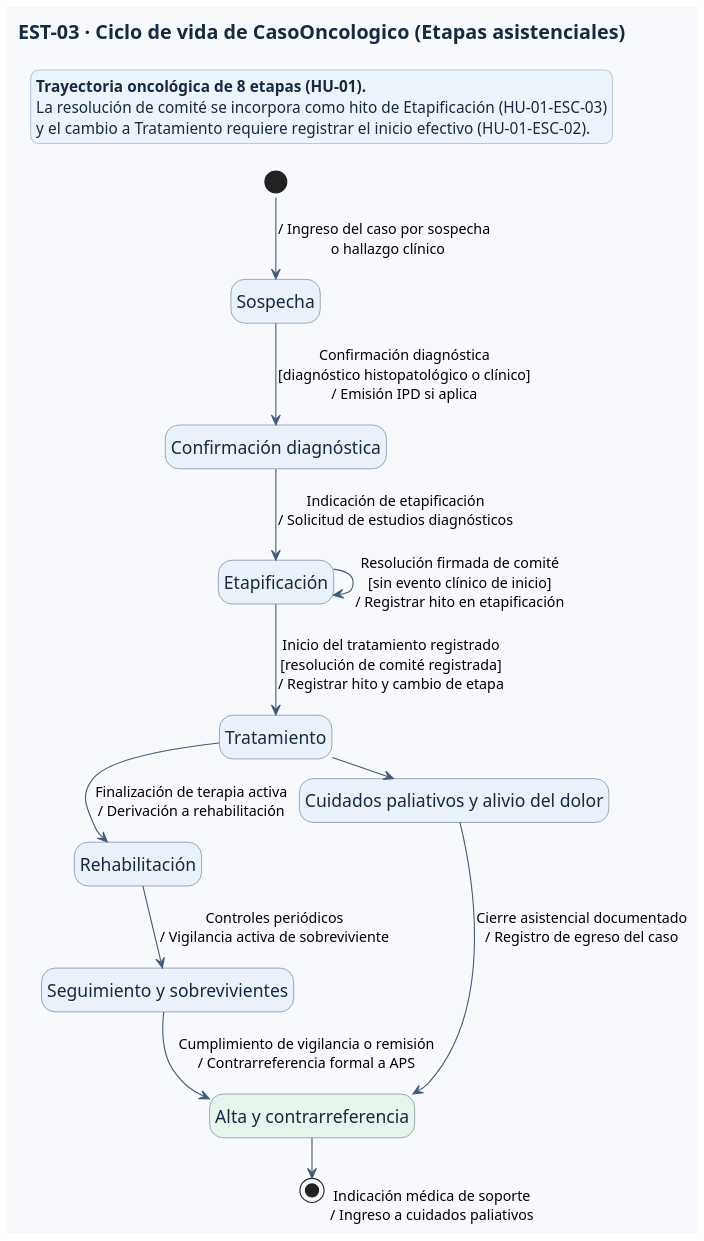
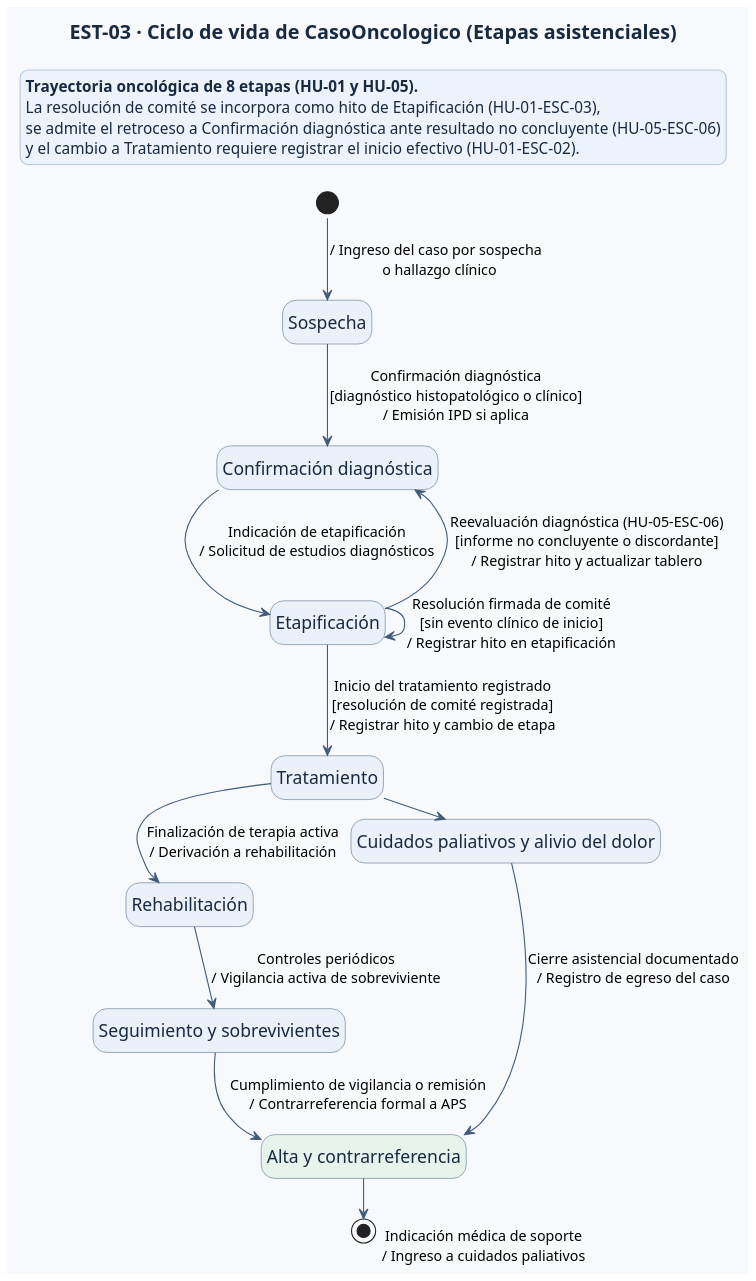
The third of 4 diagrams in diagramas/estados-objetos.puml (br1fz/OncoTrace), drawn with PlantUML before and after one commit. The commit also changed 12 other files, not shown here.

First line of the commit message:
Cambio solicitado por Stakeholder: incorporar reclasificación diagnóstica y retroceso de etapa (CA7 / ESC-06)

```diff
--- a/diagramas/estados-objetos.puml
+++ b/diagramas/estados-objetos.puml
@@ -101,52 +101,54 @@
 @startuml EST-03-CasoOncologico
 !pragma layout smetana
 hide empty description
 skinparam shadowing false
 skinparam dpi 144
 skinparam backgroundColor #F7F9FC
 skinparam defaultFontName SansSerif
 skinparam titleFontSize 18
 skinparam titleFontColor #172A40
 skinparam stateFontSize 16
 skinparam stateArrowFontSize 13
 skinparam legendBackgroundColor #EDF3FA
 skinparam legendBorderColor #B7C9DD
 skinparam legendFontColor #172A40
 skinparam state {
   BackgroundColor #EAF1F8
   BorderColor #526B87
   FontColor #172A40
   ArrowColor #425B78
   StartColor #526B87
   EndColor #526B87
 }
 
 title EST-03 · Ciclo de vida de CasoOncologico (Etapas asistenciales)
 
 state "Sospecha" as S
 state "Confirmación diagnóstica" as CD
 state "Etapificación" as E
 state "Tratamiento" as T
 state "Rehabilitación" as R
 state "Cuidados paliativos y alivio del dolor" as CP
 state "Seguimiento y sobrevivientes" as SS
 state "Alta y contrarreferencia" as AC #E7F4EC
 
 [*] -down-> S : / Ingreso del caso por sospecha\n  o hallazgo clínico
 S -down-> CD : Confirmación diagnóstica\n[diagnóstico histopatológico o clínico]\n/ Emisión IPD si aplica
 CD -down-> E : Indicación de etapificación\n/ Solicitud de estudios diagnósticos
+E -up-> CD : Reevaluación diagnóstica (HU-05-ESC-06)\n[informe no concluyente o discordante]\n/ Registrar hito y actualizar tablero
 E --> E : Resolución firmada de comité\n[sin evento clínico de inicio]\n/ Registrar hito en etapificación
 E -down-> T : Inicio del tratamiento registrado\n[resolución de comité registrada]\n/ Registrar hito y cambio de etapa
 T -down-> R : Finalización de terapia activa\n/ Derivación a rehabilitación
 T -right-> CP : Indicación médica de soporte\n/ Ingreso a cuidados paliativos
 R -down-> SS : Controles periódicos\n/ Vigilancia activa de sobreviviente
 CP -down-> AC : Cierre asistencial documentado\n/ Registro de egreso del caso
 SS -down-> AC : Cumplimiento de vigilancia o remisión\n/ Contrarreferencia formal a APS
 AC -down-> [*]
 
 legend top
-  **Trayectoria oncológica de 8 etapas (HU-01).**
-  La resolución de comité se incorpora como hito de Etapificación (HU-01-ESC-03)
+  **Trayectoria oncológica de 8 etapas (HU-01 y HU-05).**
+  La resolución de comité se incorpora como hito de Etapificación (HU-01-ESC-03),
+  se admite el retroceso a Confirmación diagnóstica ante resultado no concluyente (HU-05-ESC-06)
   y el cambio a Tratamiento requiere registrar el inicio efectivo (HU-01-ESC-02).
 endlegend
 @enduml
```
